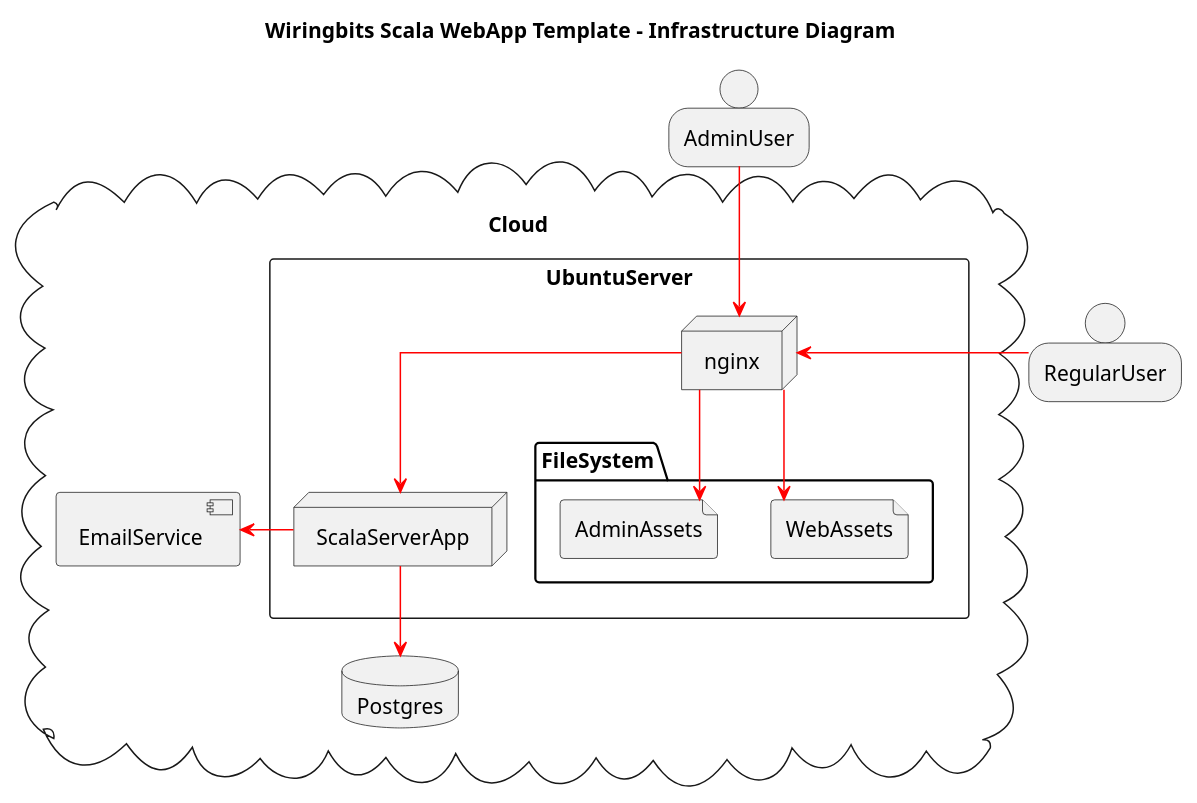
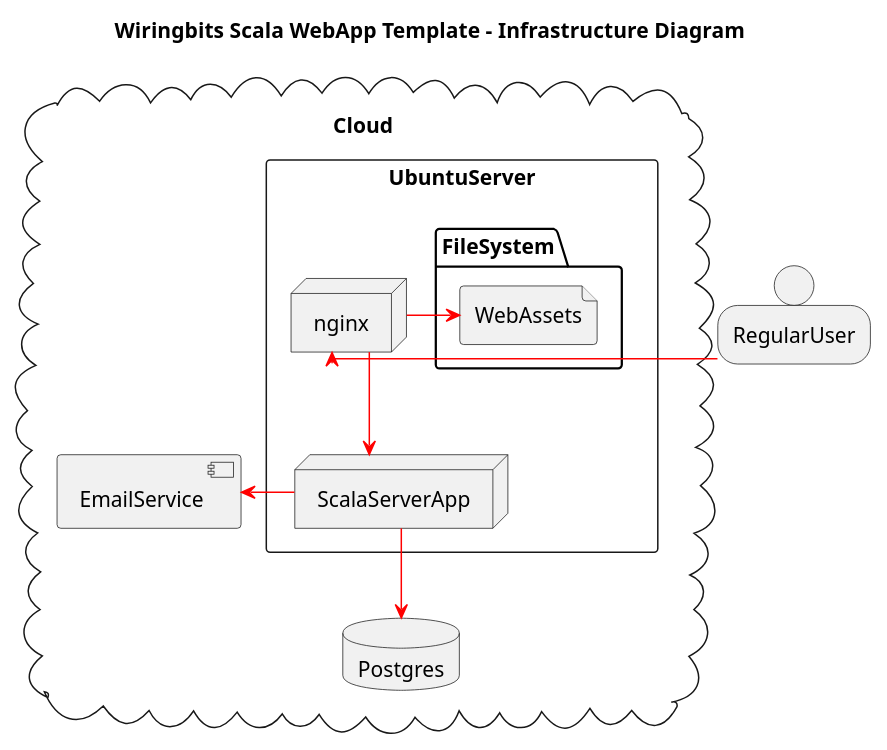
One commit to AlexITC/expense-tracker changed the diagram in docs/diagram-sources/architecture-infra.puml. Above: the diagram before and after it, drawn with PlantUML. The commit also changed 44 other files, not shown here.

```diff
--- a/docs/diagram-sources/architecture-infra.puml
+++ b/docs/diagram-sources/architecture-infra.puml
@@ -1,34 +1,30 @@
 @startuml
 Title Wiringbits Scala WebApp Template - Infrastructure Diagram
 
 skinparam {
     ArrowColor Red
     linetype ortho
 }
 
 cloud Cloud {
     database Postgres
     rectangle UbuntuServer {
         node ScalaServerApp
         node nginx
 
         folder FileSystem {
             file WebAssets
-            file AdminAssets
         }
     }
 
     component EmailService
     ScalaServerApp -> EmailService
     nginx -> WebAssets
-    nginx --> AdminAssets
     nginx --> ScalaServerApp
     ScalaServerApp --> Postgres
 }
 
 person RegularUser
-person AdminUser
 
 RegularUser -> nginx
-AdminUser --> nginx
 @enduml
```
